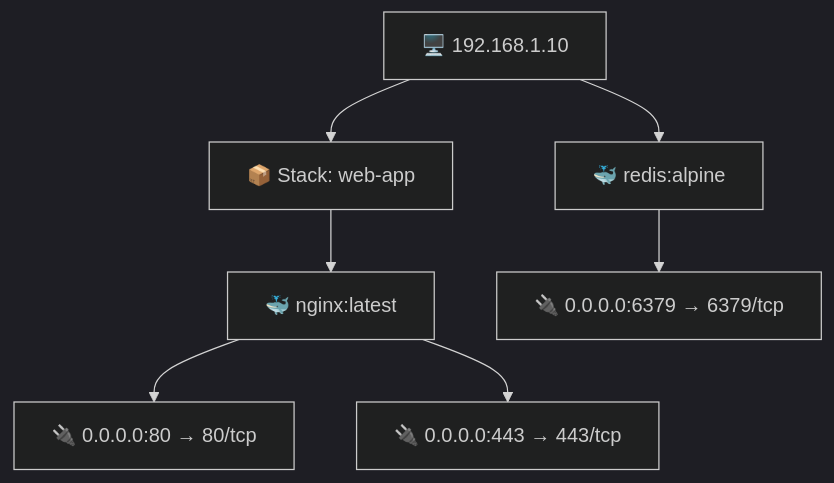
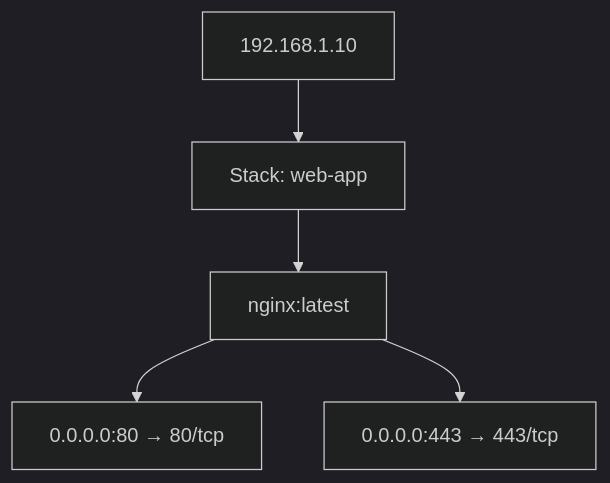
One commit to vvv850/infra-mapper changed the diagram in README.md. Above: the diagram before and after it, drawn with Mermaid (dark theme). The commit also changed other lines of this file and 6 other files, not shown here.

````diff
--- a/README.md
+++ b/README.md
@@ -296,11 +54,8 @@
 ```mermaid
 graph TB
-    server1[🖥️ 192.168.1.10]
-    server1 --> stack1[📦 Stack: web-app]
-    stack1 --> nginx[🐳 nginx:latest]
-    nginx --> port1[🔌 0.0.0.0:80 → 80/tcp]
-    nginx --> port2[🔌 0.0.0.0:443 → 443/tcp]
-
-    server1 --> standalone1[🐳 redis:alpine]
-    standalone1 --> port3[🔌 0.0.0.0:6379 → 6379/tcp]
+    server1[192.168.1.10]
+    server1 --> stack1[Stack: web-app]
+    stack1 --> nginx[nginx:latest]
+    nginx --> port1[0.0.0.0:80 → 80/tcp]
+    nginx --> port2[0.0.0.0:443 → 443/tcp]
 ```
````
